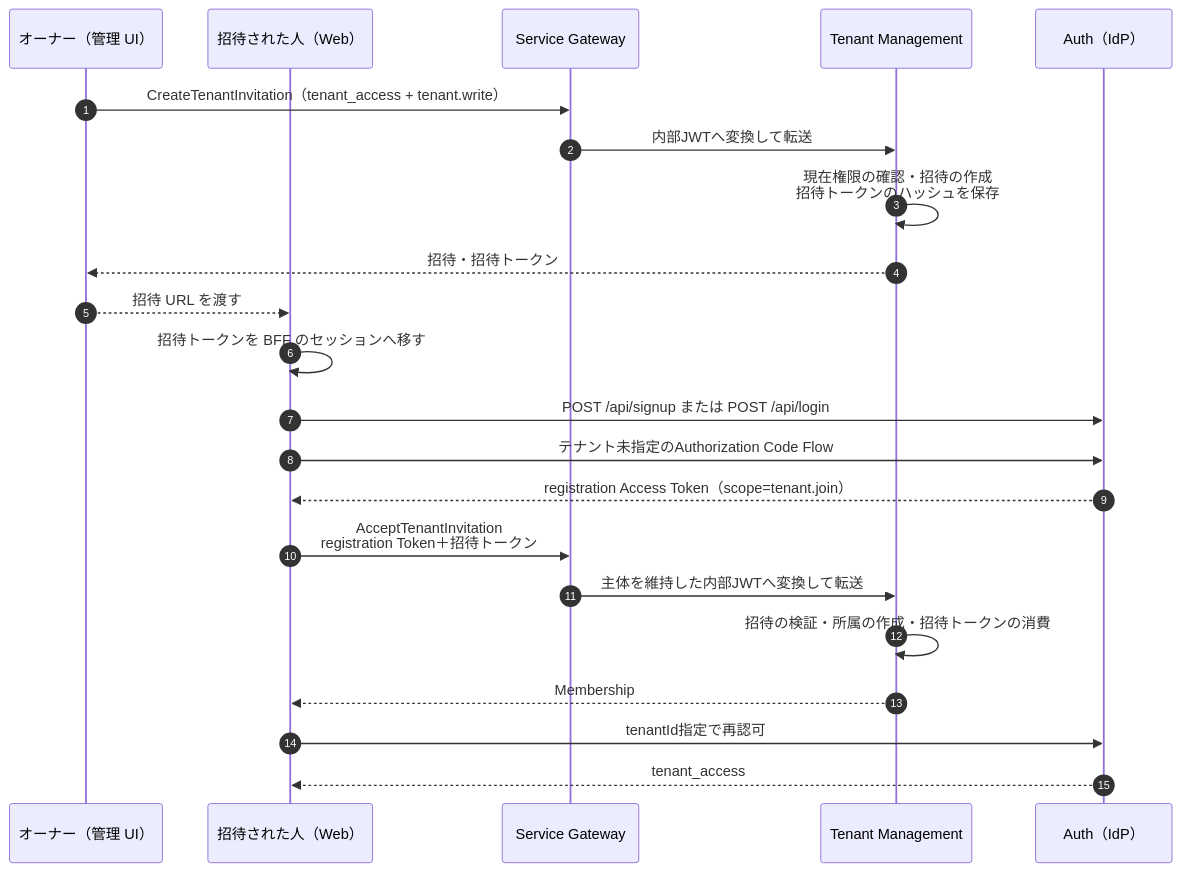
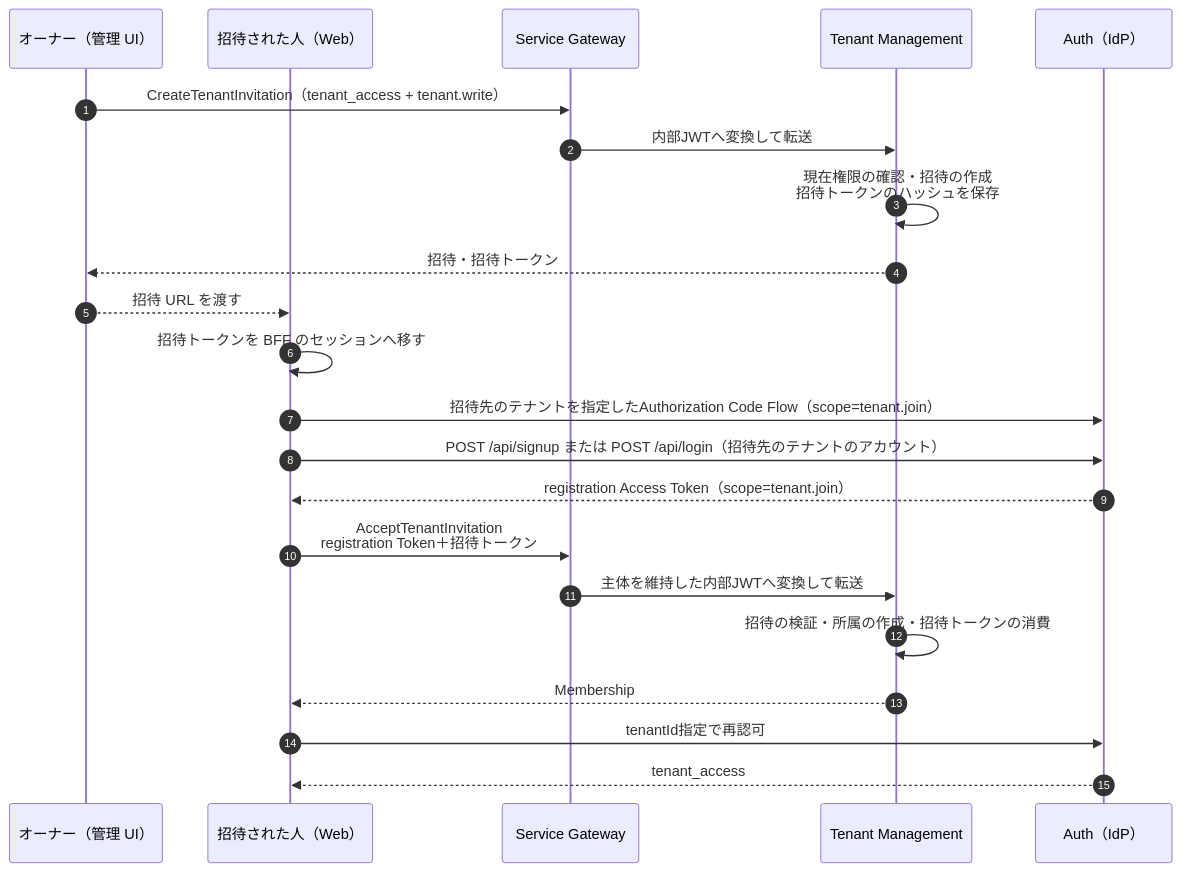
Before and after one commit to pj-hoakari/tolo-service-gateway: the fifth of 5 diagrams in docs/service_map.md, drawn with Mermaid. The commit also changed other lines of this file, not shown here.

Commit message:
docs: sync spec docs with hoakari-root

````diff
--- a/docs/service_map.md
+++ b/docs/service_map.md
@@ -224,25 +224,25 @@
 ```mermaid
 sequenceDiagram
   autonumber
   participant Owner as オーナー（管理 UI）
   participant User as 招待された人（Web）
   participant GW as Service Gateway
   participant TM as Tenant Management
   participant IdP as Auth（IdP）
 
   Owner->>GW: CreateTenantInvitation（tenant_access + tenant.write）
   GW->>TM: 内部JWTへ変換して転送
   TM->>TM: 現在権限の確認・招待の作成<br/>招待トークンのハッシュを保存
   TM-->>Owner: 招待・招待トークン
   Owner-->>User: 招待 URL を渡す
   User->>User: 招待トークンを BFF のセッションへ移す
-  User->>IdP: POST /api/signup または POST /api/login
-  User->>IdP: テナント未指定のAuthorization Code Flow
+  User->>IdP: 招待先のテナントを指定したAuthorization Code Flow（scope=tenant.join）
+  User->>IdP: POST /api/signup または POST /api/login（招待先のテナントのアカウント）
   IdP-->>User: registration Access Token（scope=tenant.join）
   User->>GW: AcceptTenantInvitation<br/>registration Token＋招待トークン
   GW->>TM: 主体を維持した内部JWTへ変換して転送
   TM->>TM: 招待の検証・所属の作成・招待トークンの消費
   TM-->>User: Membership
   User->>IdP: tenantId指定で再認可
   IdP-->>User: tenant_access
 ```
````
